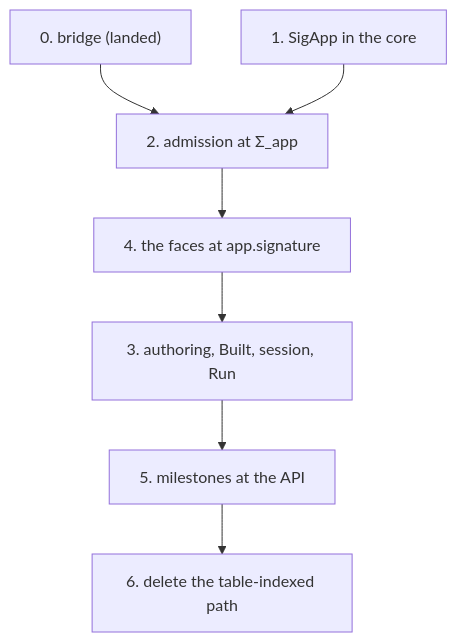
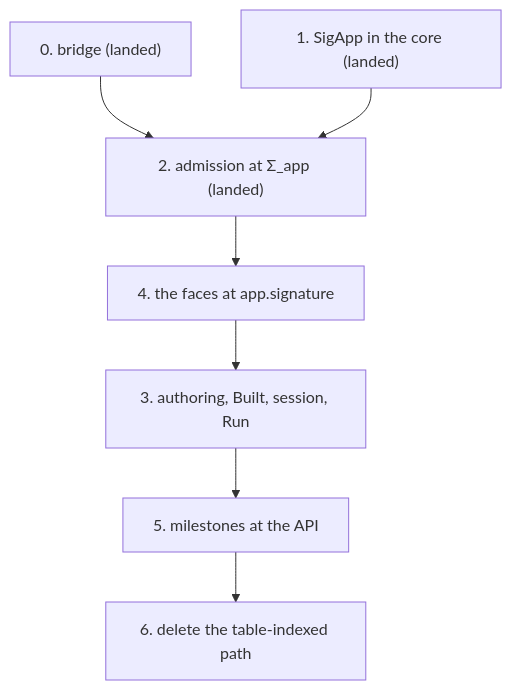
The diagram in docs/research/2026-10-04-claude-lead/sigapp-slice-plan.md (pure-algebra/lean4-effect4), drawn with Mermaid before and after one commit. The commit also changed other lines of this file and 7 other files, not shown here.

````diff
--- a/docs/research/2026-10-04-claude-lead/sigapp-slice-plan.md
+++ b/docs/research/2026-10-04-claude-lead/sigapp-slice-plan.md
@@ -69,9 +69,9 @@
 ```mermaid
 flowchart TD
   S0["0. bridge (landed)"] --> S2
-  S1["1. SigApp in the core"] --> S2["2. admission at Σ_app"]
+  S1["1. SigApp in the core (landed)"] --> S2["2. admission at Σ_app (landed)"]
   S2 --> S4["4. the faces at app.signature"]
   S4 --> S3["3. authoring, Built, session, Run"]
   S3 --> S5["5. milestones at the API"]
   S5 --> S6["6. delete the table-indexed path"]
 ```
````
